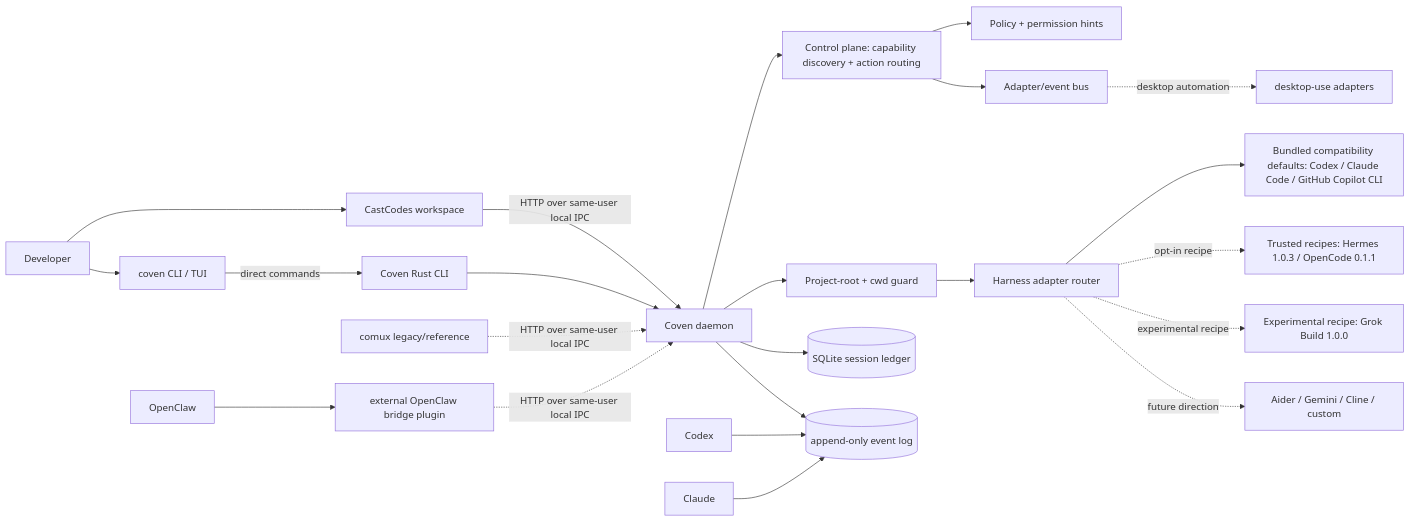
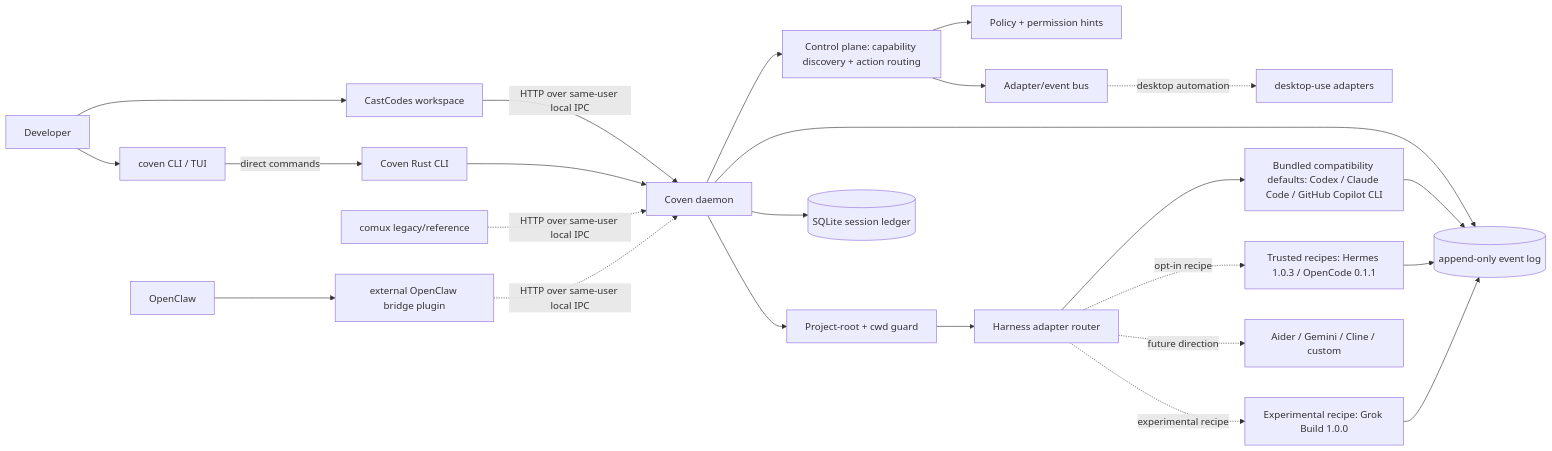
One commit to OpenCoven/coven changed the first of 3 diagrams in docs/concepts/architecture.md. Above: the diagram before and after it, drawn with Mermaid.

Commit message:
docs: connect adapter topology categories

````diff
--- a/docs/concepts/architecture.md
+++ b/docs/concepts/architecture.md
@@ -16,30 +16,31 @@
 ```mermaid
 flowchart LR
   User[Developer] --> CastCodes[CastCodes workspace]
   CastCodes -->|HTTP over same-user local IPC| Daemon[Coven daemon]
 
   User --> CLI[coven CLI / TUI]
   CLI -->|direct commands| Rust[Coven Rust CLI]
   Rust --> Daemon
 
   Comux[comux legacy/reference] -.->|HTTP over same-user local IPC| Daemon
   OpenClaw[OpenClaw] --> Plugin[external OpenClaw bridge plugin]
   Plugin -.->|HTTP over same-user local IPC| Daemon
 
   Daemon --> Control[Control plane: capability discovery + action routing]
   Control --> Policy[Policy + permission hints]
   Control --> AdapterBus[Adapter/event bus]
   AdapterBus -. desktop automation .-> DesktopUse[desktop-use adapters]
 
   Daemon --> Boundary[Project-root + cwd guard]
   Boundary --> Adapter[Harness adapter router]
   Adapter --> Bundled[Bundled compatibility defaults: Codex / Claude Code / GitHub Copilot CLI]
   Adapter -. opt-in recipe .-> Trusted[Trusted recipes: Hermes 1.0.3 / OpenCode 0.1.1]
   Adapter -. experimental recipe .-> Experimental[Experimental recipe: Grok Build 1.0.0]
   Adapter -. future direction .-> Future[Aider / Gemini / Cline / custom]
 
   Daemon --> Store[(SQLite session ledger)]
   Daemon --> Events[(append-only event log)]
-  Codex --> Events
-  Claude --> Events
+  Bundled --> Events
+  Trusted --> Events
+  Experimental --> Events
 ```
````
